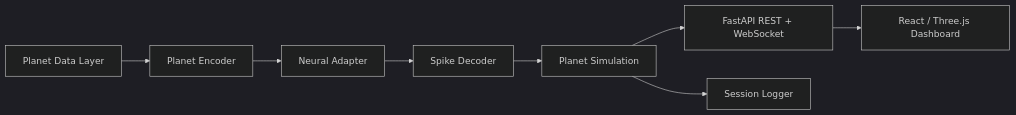
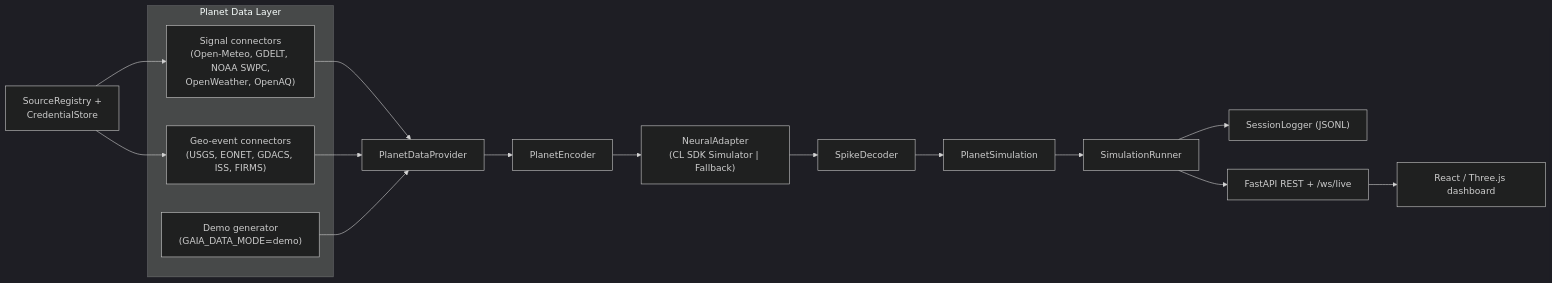
Before and after one commit to OBaruch/Planetary-Biological-Computing: the diagram in README.md, drawn with Mermaid (dark theme). The commit also changed other lines of this file and 9 other files, not shown here.

````diff
--- a/README.md
+++ b/README.md
@@ -32,10 +155,16 @@
 ```mermaid
 flowchart LR
-    A["Planet Data Layer"] --> B["Planet Encoder"]
-    B --> C["Neural Adapter"]
-    C --> D["Spike Decoder"]
-    D --> E["Planet Simulation"]
-    E --> F["FastAPI REST + WebSocket"]
-    F --> G["React / Three.js Dashboard"]
-    E --> H["Session Logger"]
+    subgraph Sources["Planet Data Layer"]
+      S1["Signal connectors<br/>(Open-Meteo, GDELT, NOAA SWPC,<br/>OpenWeather, OpenAQ)"]
+      S2["Geo-event connectors<br/>(USGS, EONET, GDACS, ISS, FIRMS)"]
+      S3["Demo generator<br/>(GAIA_DATA_MODE=demo)"]
+    end
+    REG["SourceRegistry +<br/>CredentialStore"] --> S1 & S2
+    S1 & S2 & S3 --> P["PlanetDataProvider"]
+    P --> E["PlanetEncoder"] --> A["NeuralAdapter<br/>(CL SDK Simulator | Fallback)"]
+    A --> D["SpikeDecoder"] --> SIM["PlanetSimulation"]
+    SIM --> R["SimulationRunner"]
+    R --> L["SessionLogger (JSONL)"]
+    R --> API["FastAPI REST + /ws/live"]
+    API --> UI["React / Three.js dashboard"]
 ```
````
